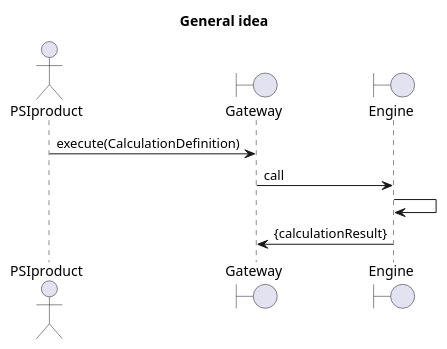
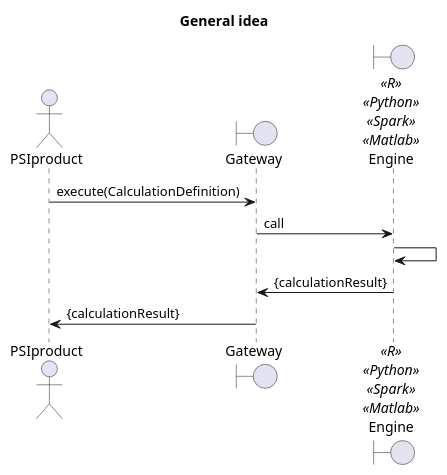
The diagram in doc/useCases/1.0 generalIdea.plantuml (PSI-Polska/aaas-java6), drawn with PlantUML before and after one commit. The commit also changed 2 other files, not shown here.

Commit message:
doc: Async and Sync communication diagrams

```diff
--- a/doc/useCases/1.0 generalIdea.plantuml
+++ b/doc/useCases/1.0 generalIdea.plantuml
@@ -1,15 +1,15 @@
 @startuml
 
 title General idea
 
 actor PSIproduct
 boundary Gateway
-' control ScriptsExecutioner as Executioner
-boundary Engine as Engine
+boundary Engine as Engine <<R>> <<Python>> <<Spark>> <<Matlab>>
 
 PSIproduct -> Gateway: execute(CalculationDefinition)
 Gateway -> Engine: call
 Engine -> Engine
 Engine -> Gateway: {calculationResult}
+Gateway -> PSIproduct: {calculationResult}
 
 @enduml
```
